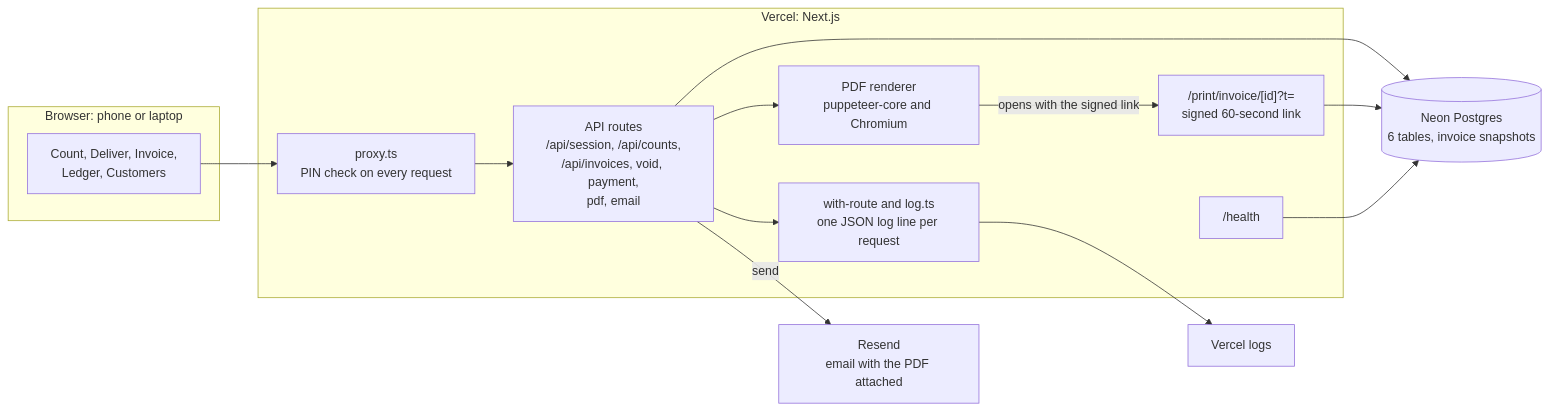
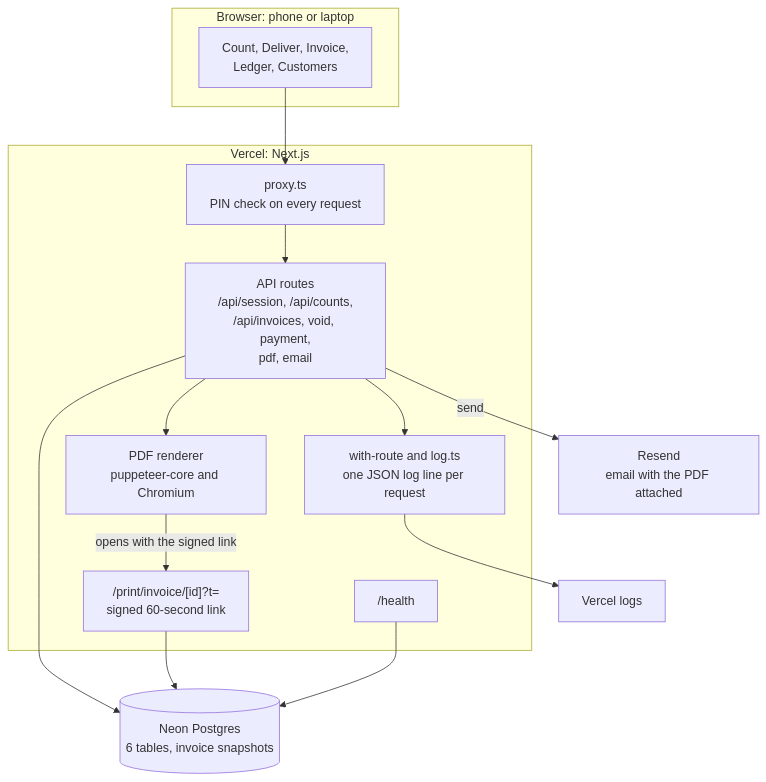
The diagram in README.md (earlgreyhot1701D/cuenta), drawn with Mermaid before and after one commit. The commit also changed other lines of this file and 1 other file, not shown here.

Commit message:
README: larger app screenshots, vertical diagram, new thumbnail, build-time line

````diff
--- a/README.md
+++ b/README.md
@@ -61,25 +66,25 @@
 ```mermaid
-flowchart LR
+flowchart TB
   subgraph B["Browser: phone or laptop"]
     UI["Count, Deliver, Invoice,<br/>Ledger, Customers"]
   end
   subgraph V["Vercel: Next.js"]
     P["proxy.ts<br/>PIN check on every request"]
     A["API routes<br/>/api/session, /api/counts,<br/>/api/invoices, void, payment,<br/>pdf, email"]
     W["with-route and log.ts<br/>one JSON log line per request"]
     R["PDF renderer<br/>puppeteer-core and Chromium"]
     PR["/print/invoice/[id]?t=<br/>signed 60-second link"]
     H["/health"]
   end
   DB[("Neon Postgres<br/>6 tables, invoice snapshots")]
   RS["Resend<br/>email with the PDF attached"]
   L["Vercel logs"]
   UI --> P --> A
   A --> DB
   A --> R
   R -- "opens with the signed link" --> PR
   PR --> DB
   A -- "send" --> RS
   A --> W --> L
   H --> DB
 ```
````
